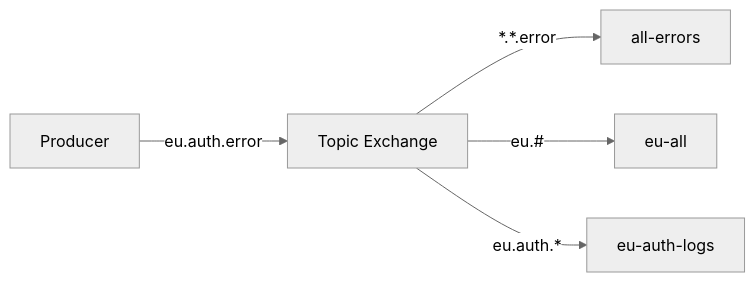
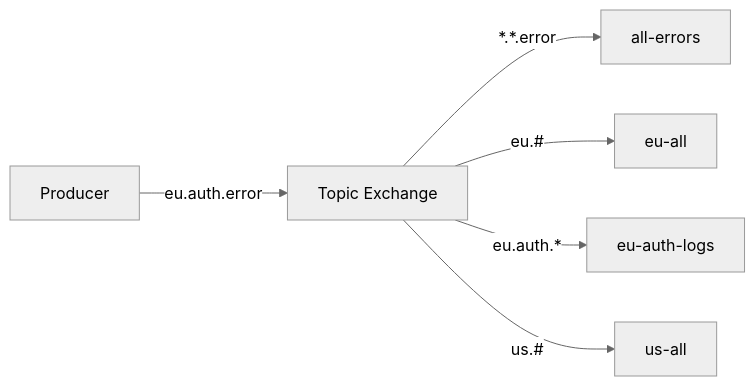
The fourth of 9 diagrams in cheatsheets/interview/messaging/rabbitmq-interview.md (akeverus/cheat-sheet), drawn with Mermaid (neutral theme) before and after one commit. The commit also changed other lines of this file and 2 other files, not shown here.

````diff
--- a/cheatsheets/interview/messaging/rabbitmq-interview.md
+++ b/cheatsheets/interview/messaging/rabbitmq-interview.md
@@ -277,7 +267,8 @@
 ```mermaid
 graph LR
     P[Producer] -->|"eu.auth.error"| E[Topic Exchange]
     E -->|"*.*.error"| Q1[all-errors]
     E -->|"eu.#"| Q2[eu-all]
     E -->|"eu.auth.*"| Q3[eu-auth-logs]
+    E -->|"us.#"| Q4[us-all]
 ```
````
